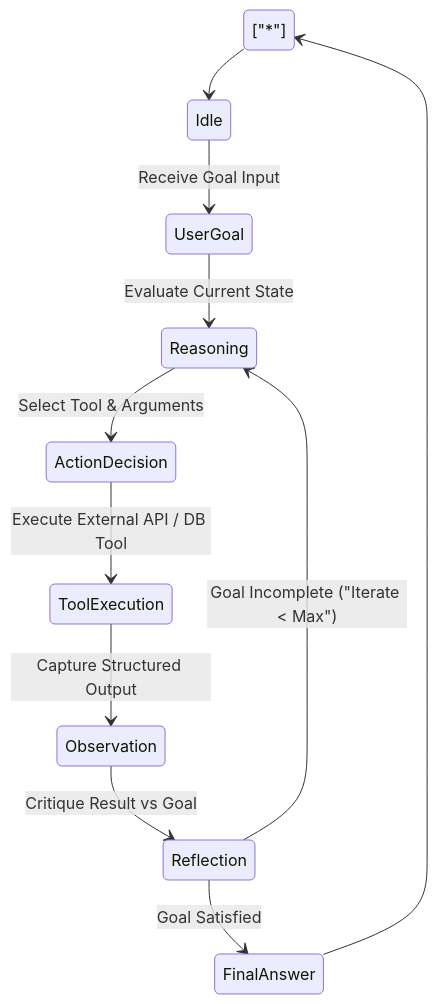
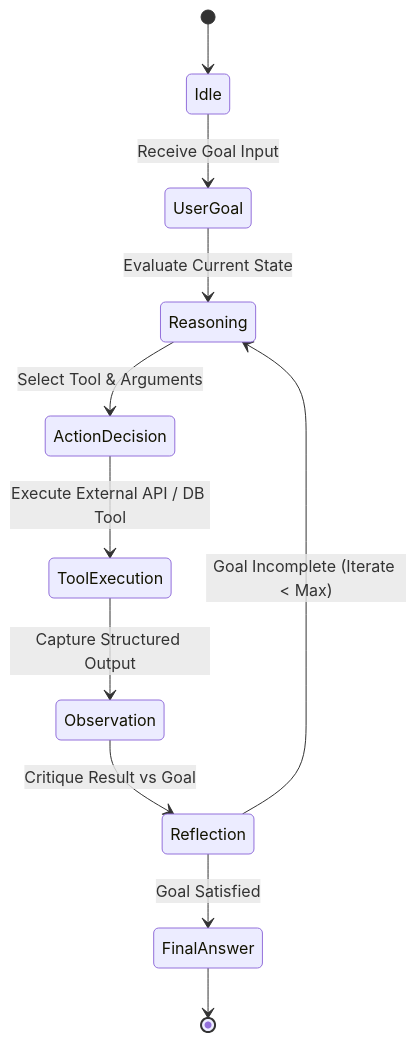
Before and after one commit to vesviet/vesviet: the first of 2 diagrams in content/series/ai-data-engineering-pipeline/part-6-rise-of-ai-agents.md, drawn with Mermaid. The commit also changed other lines of this file and 13 other files, not shown here.

````diff
--- a/content/series/ai-data-engineering-pipeline/part-6-rise-of-ai-agents.md
+++ b/content/series/ai-data-engineering-pipeline/part-6-rise-of-ai-agents.md
@@ -50,15 +44,15 @@
 ```mermaid
 stateDiagram-v2
-    ["*"] --> Idle
+    [*] --> Idle
     Idle --> UserGoal: Receive Goal Input
     UserGoal --> Reasoning: Evaluate Current State
     Reasoning --> ActionDecision: Select Tool & Arguments
     
     ActionDecision --> ToolExecution: Execute External API / DB Tool
     ToolExecution --> Observation: Capture Structured Output
     
     Observation --> Reflection: Critique Result vs Goal
-    Reflection --> Reasoning: Goal Incomplete ("Iterate < Max")
+    Reflection --> Reasoning: Goal Incomplete (Iterate < Max)
     Reflection --> FinalAnswer: Goal Satisfied
-    FinalAnswer --> ["*"]
+    FinalAnswer --> [*]
 ```
````
